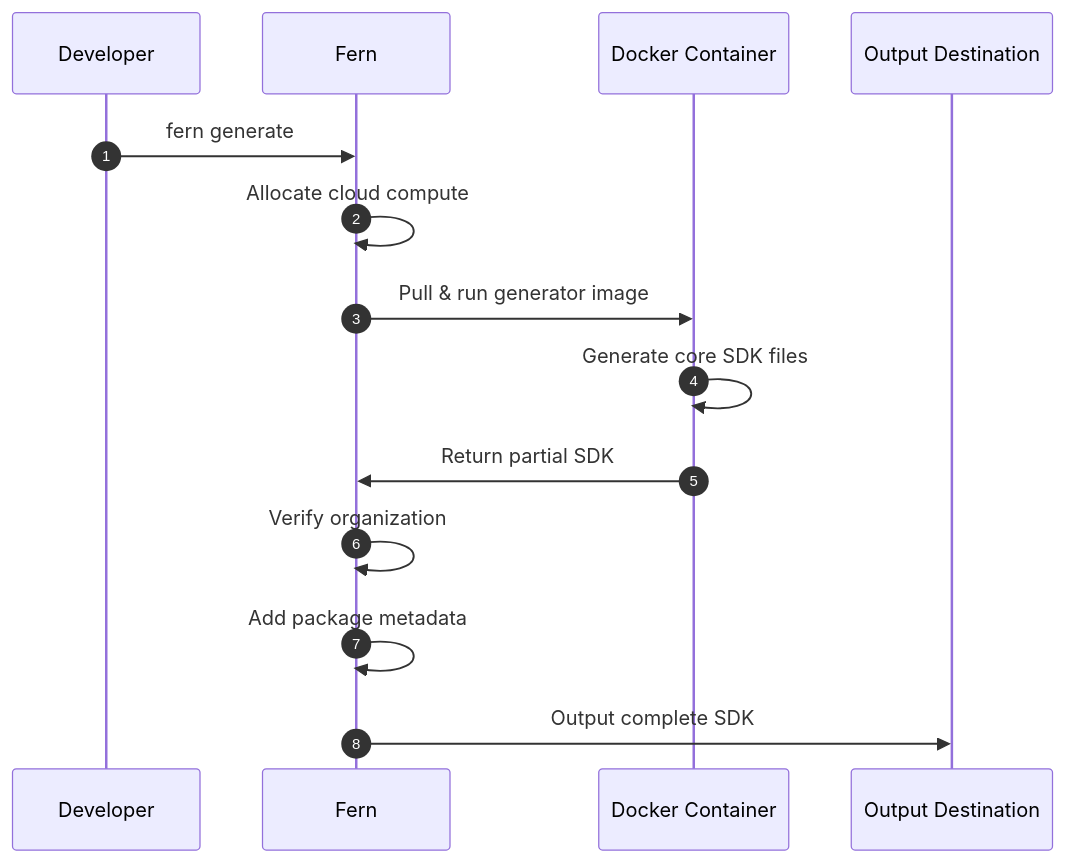
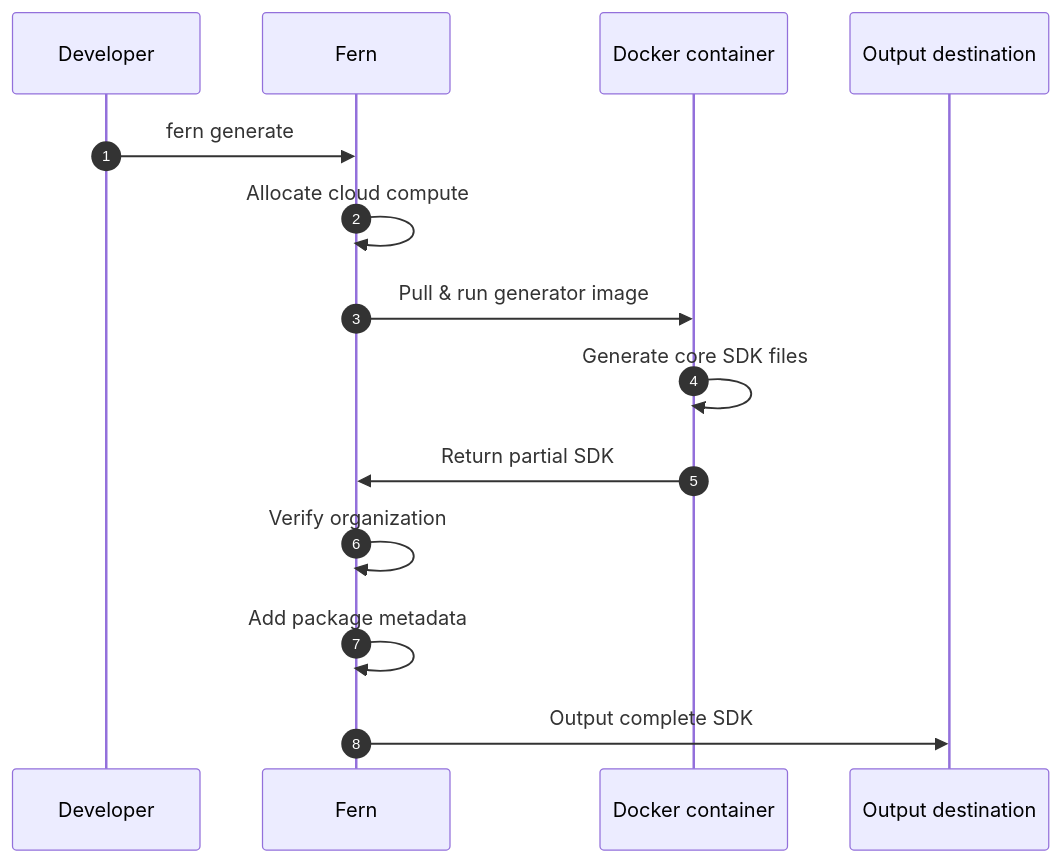
Before and after one commit to fern-api/docs: the first of 2 diagrams in fern/products/sdks/how-it-works.mdx, drawn with Mermaid. The commit also changed other lines of this file and 1 other file, not shown here.

Commit message:
add comprehensive sdk architecture diagram

````diff
--- a/fern/products/sdks/how-it-works.mdx
+++ b/fern/products/sdks/how-it-works.mdx
@@ -38,17 +34,17 @@
 ```mermaid
 sequenceDiagram
     autonumber
     participant Dev as Developer
     participant Fern as Fern
-    participant Docker as Docker Container
-    participant Dest as Output Destination
+    participant Docker as Docker container
+    participant Dest as Output destination
     
     Dev->>Fern: fern generate
     Fern->>Fern: Allocate cloud compute
     Fern->>Docker: Pull & run generator image
     Docker->>Docker: Generate core SDK files
     Docker->>Fern: Return partial SDK
     Fern->>Fern: Verify organization
     Fern->>Fern: Add package metadata
     Fern->>Dest: Output complete SDK
 ```
````
